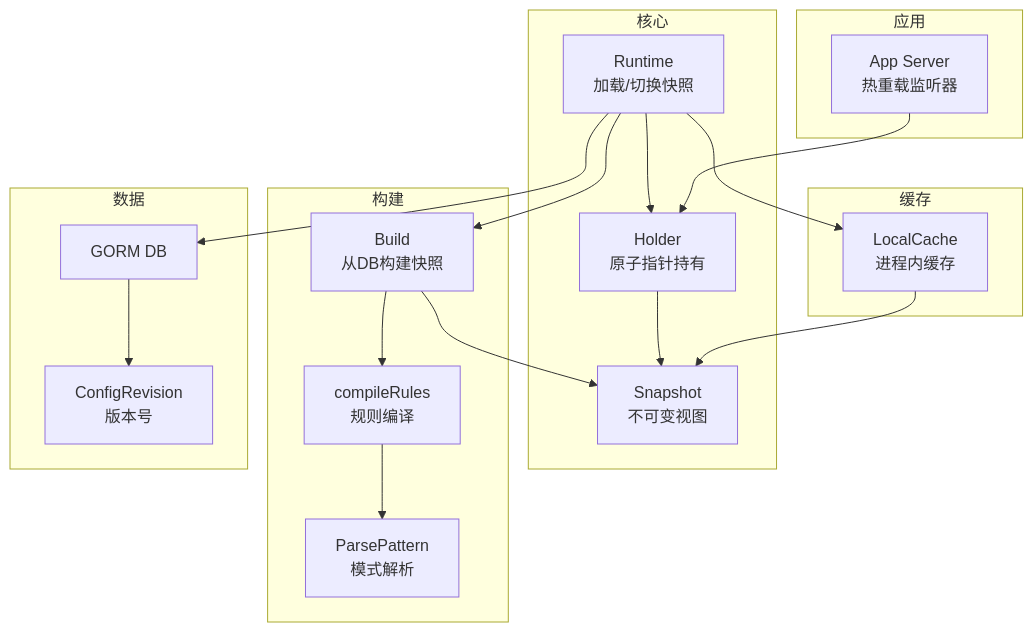
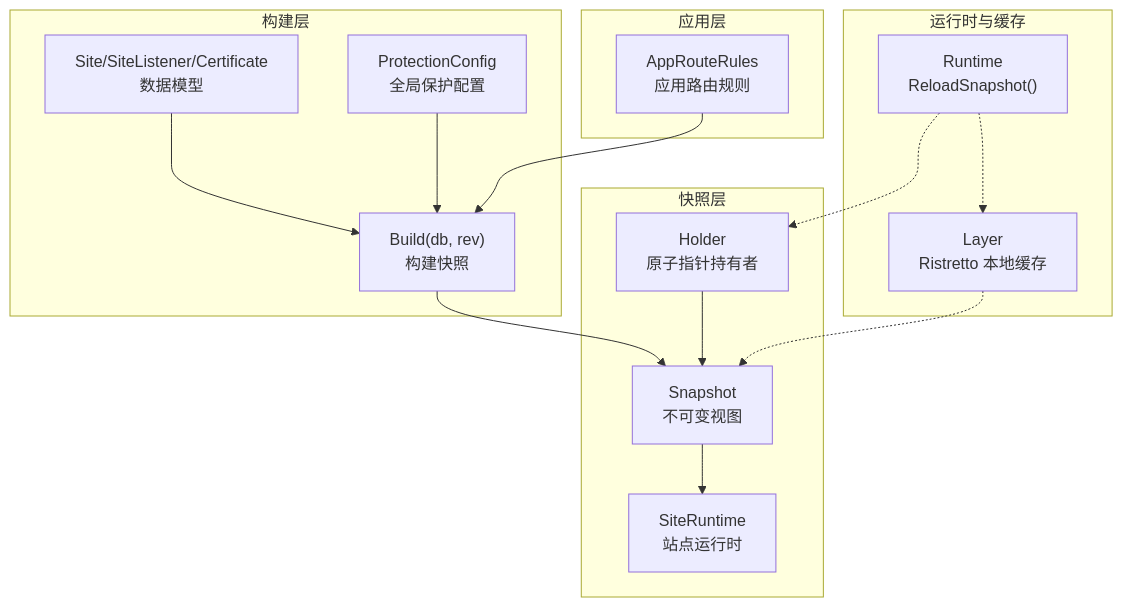
Before and after one commit to x01n/My-OpenWaf: the first of 8 diagrams in docs/配置管理系统/配置快照机制.md, drawn with Mermaid. The commit also changed other lines of this file and 199 other files, not shown here.

````diff
--- a/docs/配置管理系统/配置快照机制.md
+++ b/docs/配置管理系统/配置快照机制.md
@@ -42,34 +48,29 @@
 ```mermaid
 graph TB
-subgraph "核心"
-RT["Runtime<br/>加载/切换快照"]
-SH["Snapshot<br/>不可变视图"]
-HH["Holder<br/>原子指针持有"]
+subgraph "快照层"
+S["Snapshot<br/>不可变视图"]
+SR["SiteRuntime<br/>站点运行时"]
+SH["Holder<br/>原子指针持有者"]
 end
-subgraph "构建"
-SB["Build<br/>从DB构建快照"]
-CR["compileRules<br/>规则编译"]
-PP["ParsePattern<br/>模式解析"]
+subgraph "构建层"
+B["Build(db, rev)<br/>构建快照"]
+PC["ProtectionConfig<br/>全局保护配置"]
+SC["Site/SiteListener/Certificate<br/>数据模型"]
 end
-subgraph "缓存"
-LC["LocalCache<br/>进程内缓存"]
+subgraph "运行时与缓存"
+RT["Runtime<br/>ReloadSnapshot()"]
+LC["Layer<br/>Ristretto 本地缓存"]
 end
-subgraph "数据"
-DB["GORM DB"]
-REV["ConfigRevision<br/>版本号"]
+subgraph "应用层"
+AR["AppRouteRules<br/>应用路由规则"]
 end
-subgraph "应用"
-APP["App Server<br/>热重载监听器"]
-end
-RT --> SB
-SB --> SH
-SB --> CR
-CR --> PP
-RT --> HH
-HH --> SH
-RT --> LC
-LC --> SH
-RT --> DB
-DB --> REV
-APP --> HH
+SC --> B
+PC --> B
+AR --> B
+B --> S
+S --> SR
+SH --> S
+RT -.-> SH
+RT -.-> LC
+LC -.-> S
 ```
````
